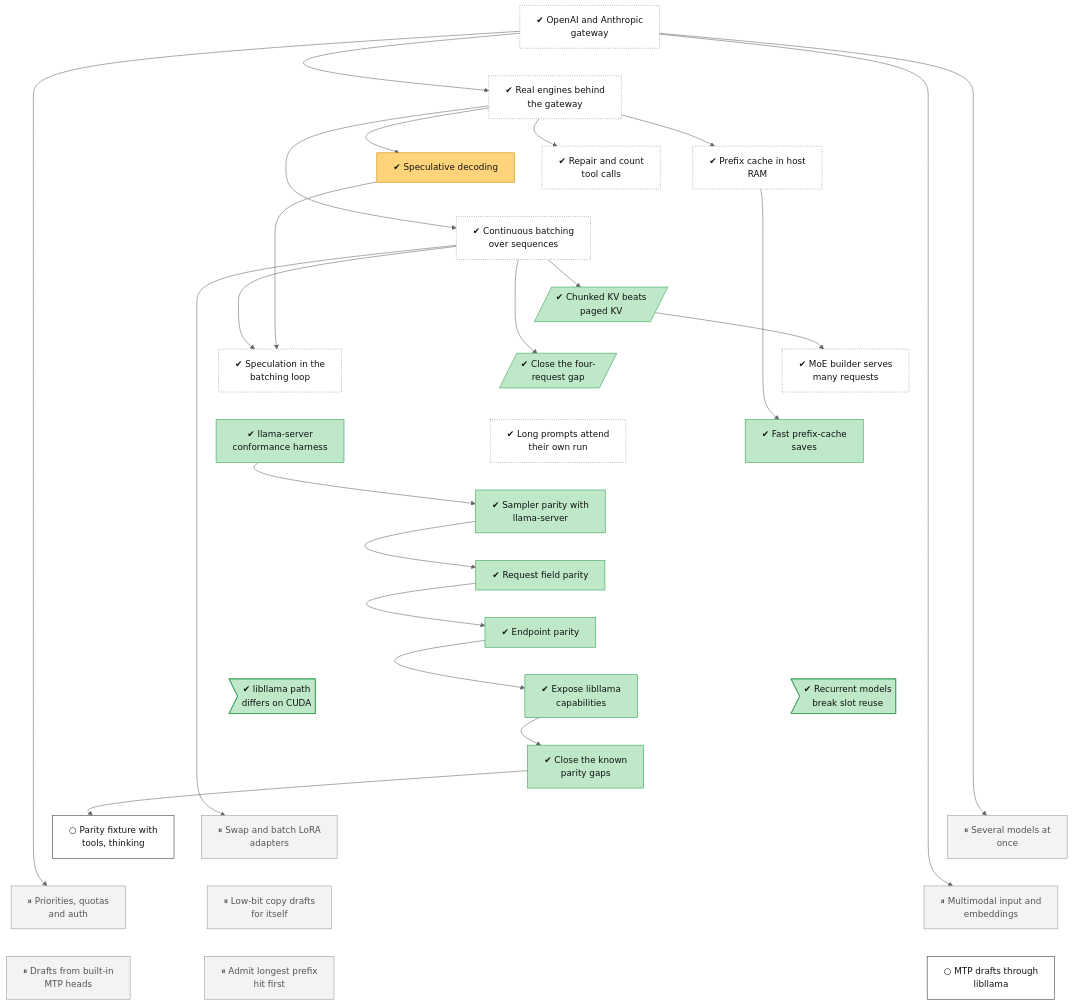
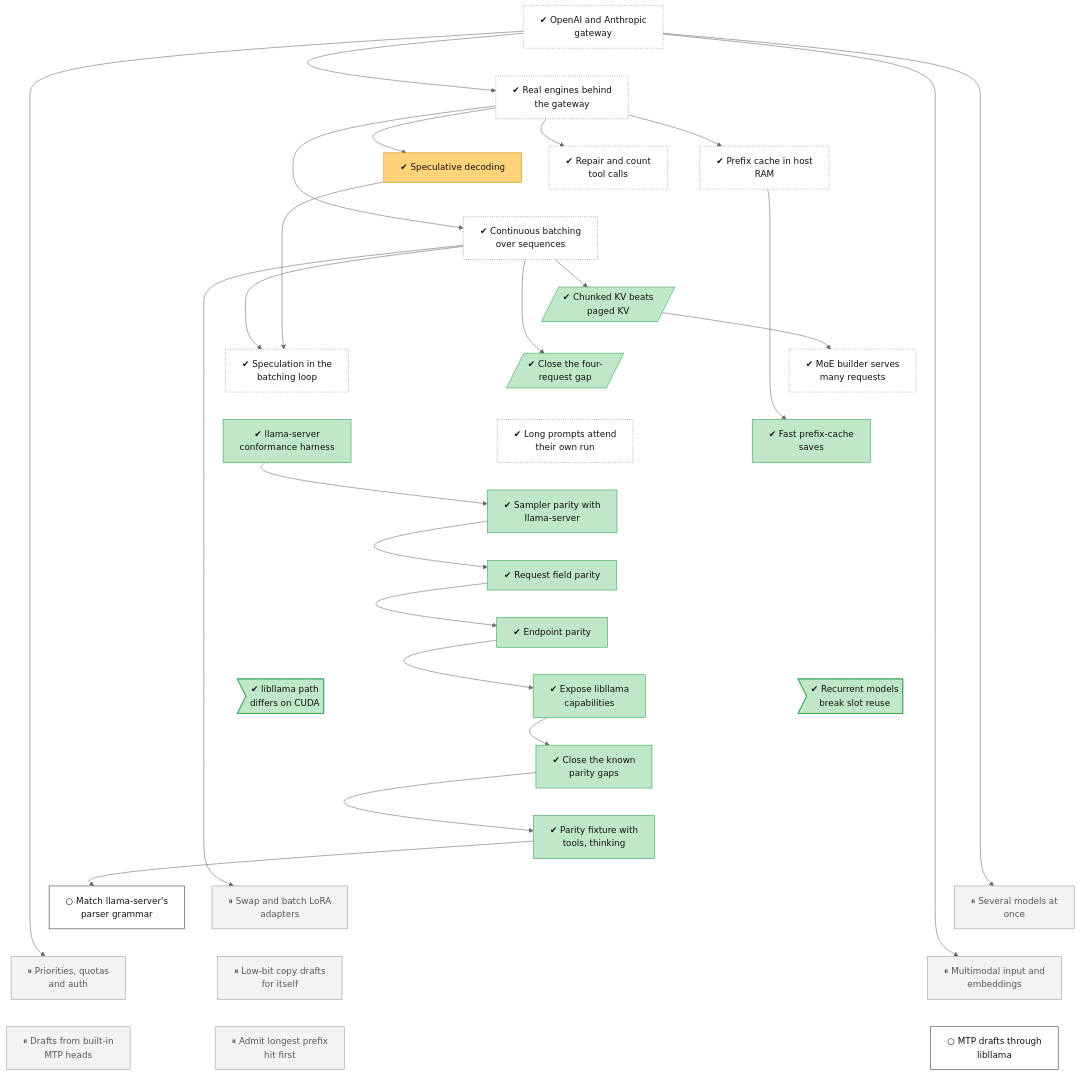
One commit to lhns/tetraeder changed the diagram in docs/roadmap/tracks/serving.md. Above: the diagram before and after it, drawn with Mermaid (neutral theme). The commit also changed other lines of this file and 4 other files, not shown here.

Commit message:
Tree: serving-parity-tool-template done (CI run 46038711182); new node serving-parity-grammar takes its 7 strict gap cases (not measured)

````diff
--- a/docs/roadmap/tracks/serving.md
+++ b/docs/roadmap/tracks/serving.md
@@ -29,7 +29,8 @@
     serving_recurrent_reuse>"✔ Recurrent models<br/>break slot reuse"]
     serving_cuda_parity>"✔ libllama path<br/>differs on CUDA"]
     serving_parity_remaining["✔ Close the known<br/>parity gaps"]
-    serving_parity_tool_template["○ Parity fixture with<br/>tools, thinking"]
+    serving_parity_tool_template["✔ Parity fixture with<br/>tools, thinking"]
+    serving_parity_grammar["○ Match llama-server's<br/>parser grammar"]
     serving_multi_model["⏸ Several models at<br/>once"]
     serving_multi_lora["⏸ Swap and batch LoRA<br/>adapters"]
     serving_auth_quotas["⏸ Priorities, quotas<br/>and auth"]
@@ -64,9 +65,10 @@
     serving_recurrent_reuse ~~~ serving_parity_remaining
     serving_cuda_parity ~~~ serving_parity_remaining
     serving_parity_remaining ~~~ serving_parity_tool_template
-    serving_parity_remaining ~~~ serving_multi_model
-    serving_parity_remaining ~~~ serving_multi_lora
-    serving_parity_tool_template ~~~ serving_auth_quotas
+    serving_parity_tool_template ~~~ serving_parity_grammar
+    serving_parity_tool_template ~~~ serving_multi_model
+    serving_parity_tool_template ~~~ serving_multi_lora
+    serving_parity_grammar ~~~ serving_auth_quotas
     serving_multi_model ~~~ serving_multimodal
     serving_multi_lora ~~~ serving_self_spec
     serving_auth_quotas ~~~ serving_mtp_drafts
@@ -89,6 +91,7 @@
     serving_parity_endpoints --> serving_parity_libllama
     serving_parity_libllama --> serving_parity_remaining
     serving_parity_remaining --> serving_parity_tool_template
+    serving_parity_tool_template --> serving_parity_grammar
     serving_gateway --> serving_multi_model
     serving_batching --> serving_multi_lora
     serving_gateway --> serving_auth_quotas
@@ -109,7 +112,7 @@
     classDef waiting fill:#e3f2fd,stroke:#1f6fc5,stroke-dasharray:5 5,color:#111
     class serving_gateway,serving_real_engines,serving_prefix_cache,serving_tool_calls,serving_batching,serving_moe_batch,serving_spec_batching,serving_own_run_attention unrated
     class serving_speculative mixed
-    class serving_kv_layout,serving_c4_gap,serving_prefix_save,serving_parity_harness,serving_parity_sampling,serving_parity_fields,serving_parity_endpoints,serving_parity_libllama,serving_recurrent_reuse,serving_cuda_parity,serving_parity_remaining succ
-    class serving_parity_tool_template,serving_mtp_libllama next
+    class serving_kv_layout,serving_c4_gap,serving_prefix_save,serving_parity_harness,serving_parity_sampling,serving_parity_fields,serving_parity_endpoints,serving_parity_libllama,serving_recurrent_reuse,serving_cuda_parity,serving_parity_remaining,serving_parity_tool_template succ
+    class serving_parity_grammar,serving_mtp_libllama next
     class serving_multi_model,serving_multi_lora,serving_auth_quotas,serving_multimodal,serving_self_spec,serving_mtp_drafts,serving_prefix_first parked
 ```
````
